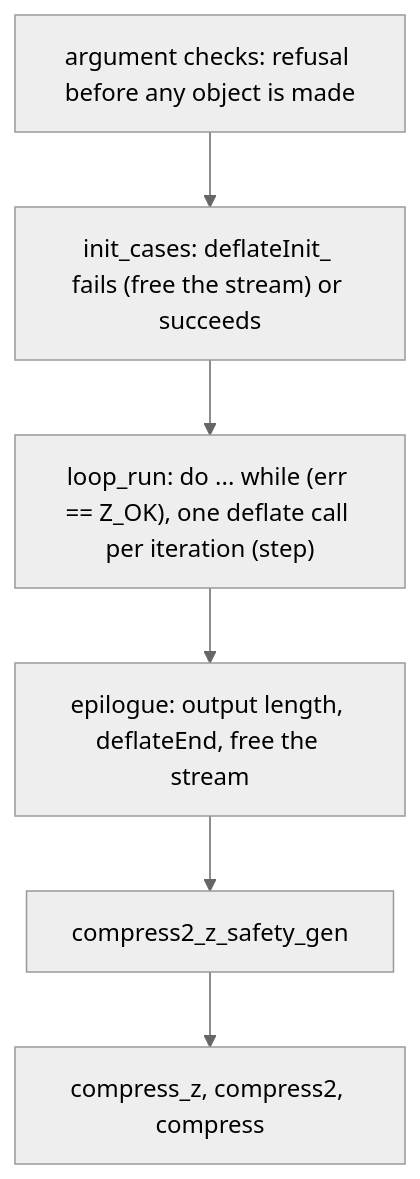
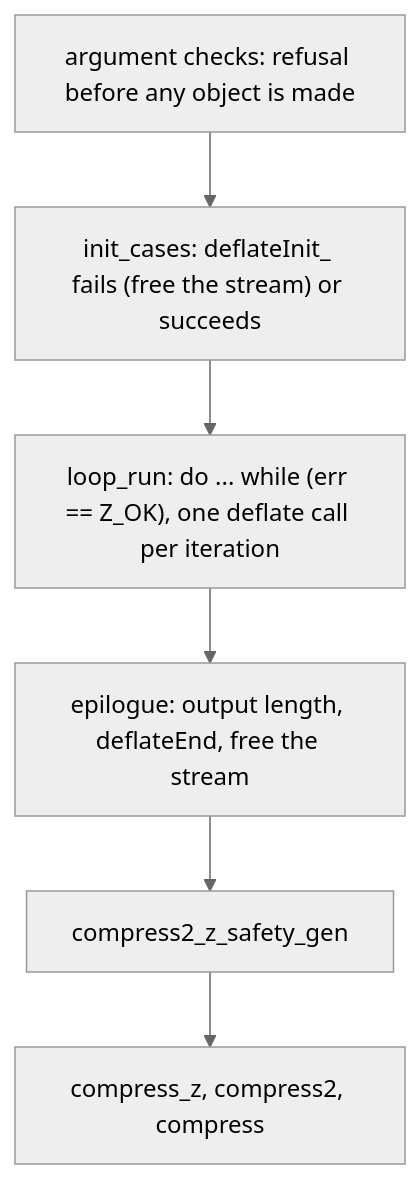
The diagram in docs/proof/compress-safety.md (cla7aye15I4nd/oss-proof), drawn with Mermaid (neutral theme) before and after one commit. The commit also changed other lines of this file and 5 other files, not shown here.

````diff
--- a/docs/proof/compress-safety.md
+++ b/docs/proof/compress-safety.md
@@ -45,8 +52,8 @@
 ```mermaid
 flowchart TD
   args["argument checks: refusal before any object is made"] --> init
   init["init_cases: deflateInit_ fails (free the stream) or succeeds"] --> loop
-  loop["loop_run: do ... while (err == Z_OK), one deflate call per iteration (step)"] --> epi
+  loop["loop_run: do ... while (err == Z_OK), one deflate call per iteration"] --> epi
   epi["epilogue: output length, deflateEnd, free the stream"] --> z["compress2_z_safety_gen"]
   z --> w["compress_z, compress2, compress"]
 ```
````
